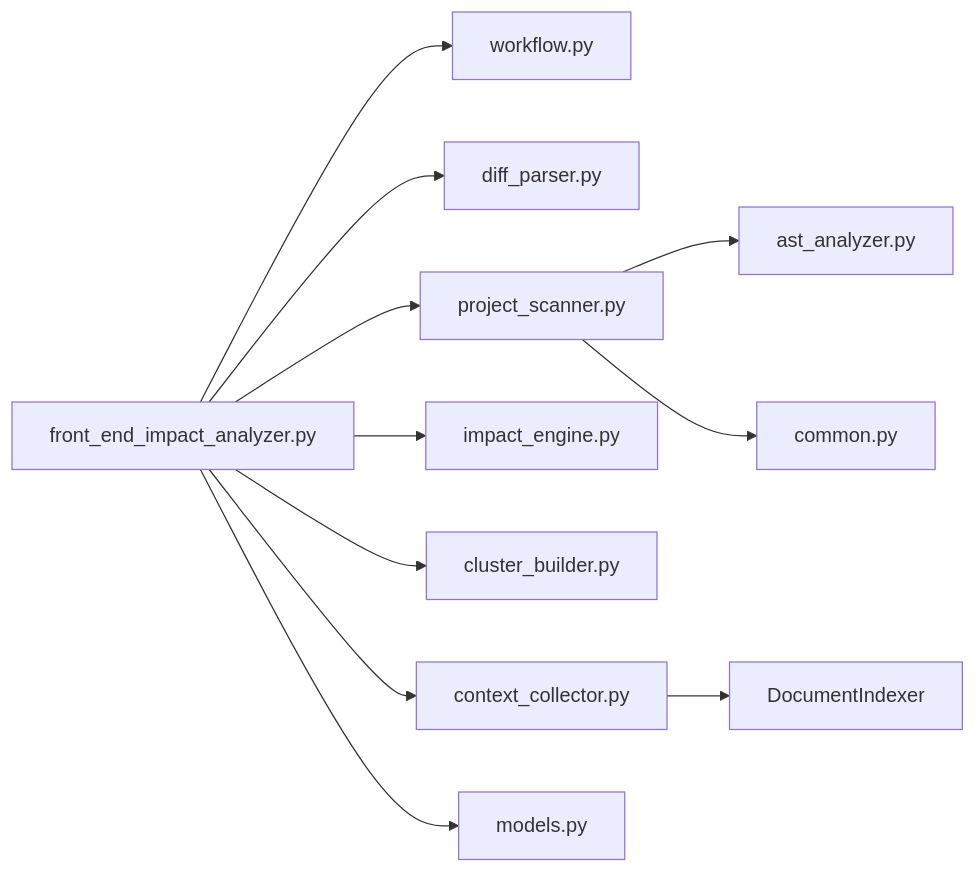
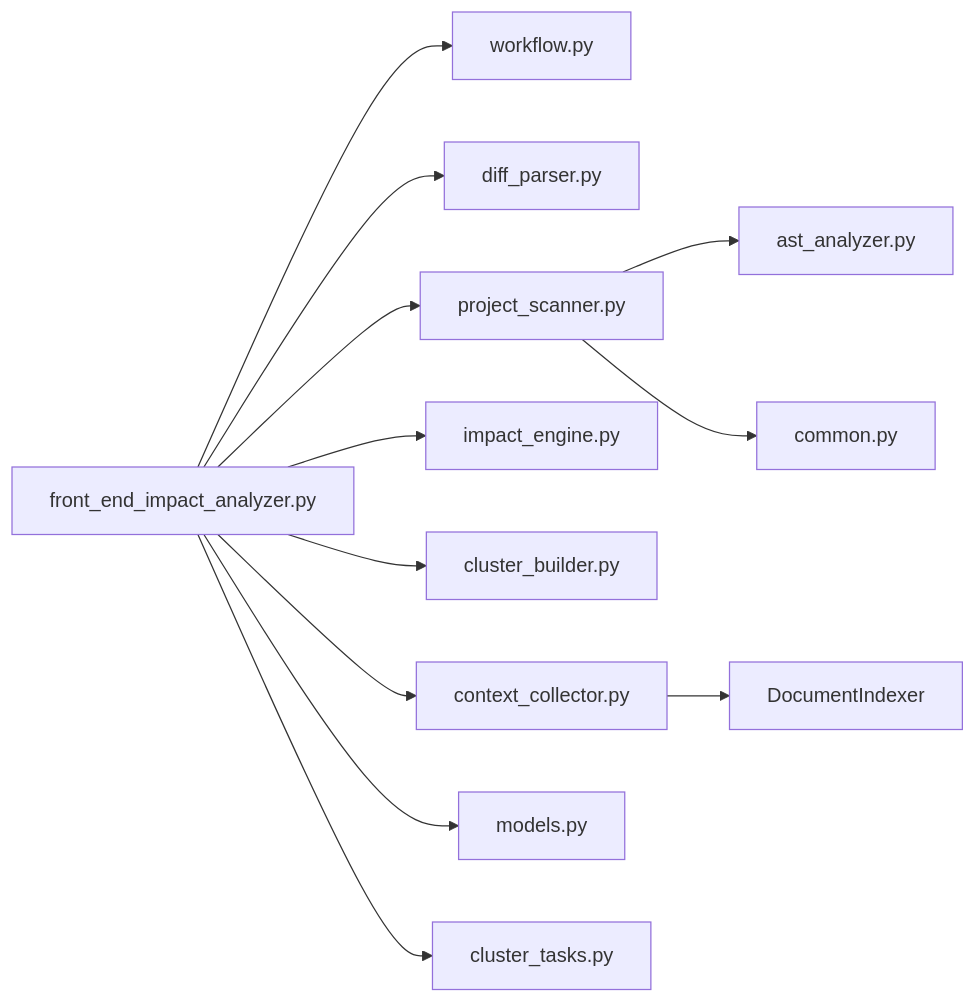
Before and after one commit to brand-new-remo/frontend-impact-analyzer: diagram 13 of 13 in .qoder/repowiki/zh/content/高级用法/性能优化.md, drawn with Mermaid. The commit also changed other lines of this file and 7 other files, not shown here.

````diff
--- a/.qoder/repowiki/zh/content/高级用法/性能优化.md
+++ b/.qoder/repowiki/zh/content/高级用法/性能优化.md
@@ -452,13 +587,14 @@
 ```mermaid
 graph LR
 FEIA["front_end_impact_analyzer.py"] --> WF["workflow.py"]
 FEIA --> DP["diff_parser.py"]
 FEIA --> PS["project_scanner.py"]
 PS --> AST["ast_analyzer.py"]
 PS --> CMN["common.py"]
 FEIA --> IE["impact_engine.py"]
 FEIA --> CB["cluster_builder.py"]
 FEIA --> CC["context_collector.py"]
 CC --> DI["DocumentIndexer"]
 FEIA --> MD["models.py"]
+FEIA --> CT["cluster_tasks.py"]
 ```
````
